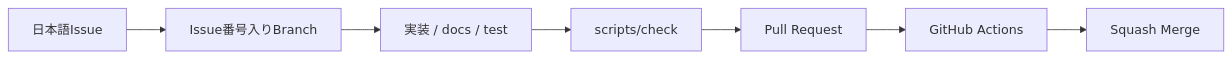
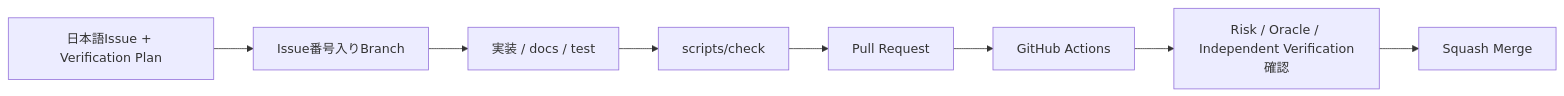
One commit to k-systems202208/python-sqlite-tailscale-webapp-template changed the diagram in CONTRIBUTING.md. Above: the diagram before and after it, drawn with Mermaid. The commit also changed other lines of this file and 6 other files, not shown here.

````diff
--- a/CONTRIBUTING.md
+++ b/CONTRIBUTING.md
@@ -17,9 +18,10 @@
 ```mermaid
 flowchart LR
-    I["日本語Issue"] --> B["Issue番号入りBranch"]
+    I["日本語Issue + Verification Plan"] --> B["Issue番号入りBranch"]
     B --> W["実装 / docs / test"]
     W --> Q["scripts/check"]
     Q --> P["Pull Request"]
     P --> CI["GitHub Actions"]
-    CI --> M["Squash Merge"]
+    CI --> V["Risk / Oracle / Independent Verification確認"]
+    V --> M["Squash Merge"]
 ```
````
